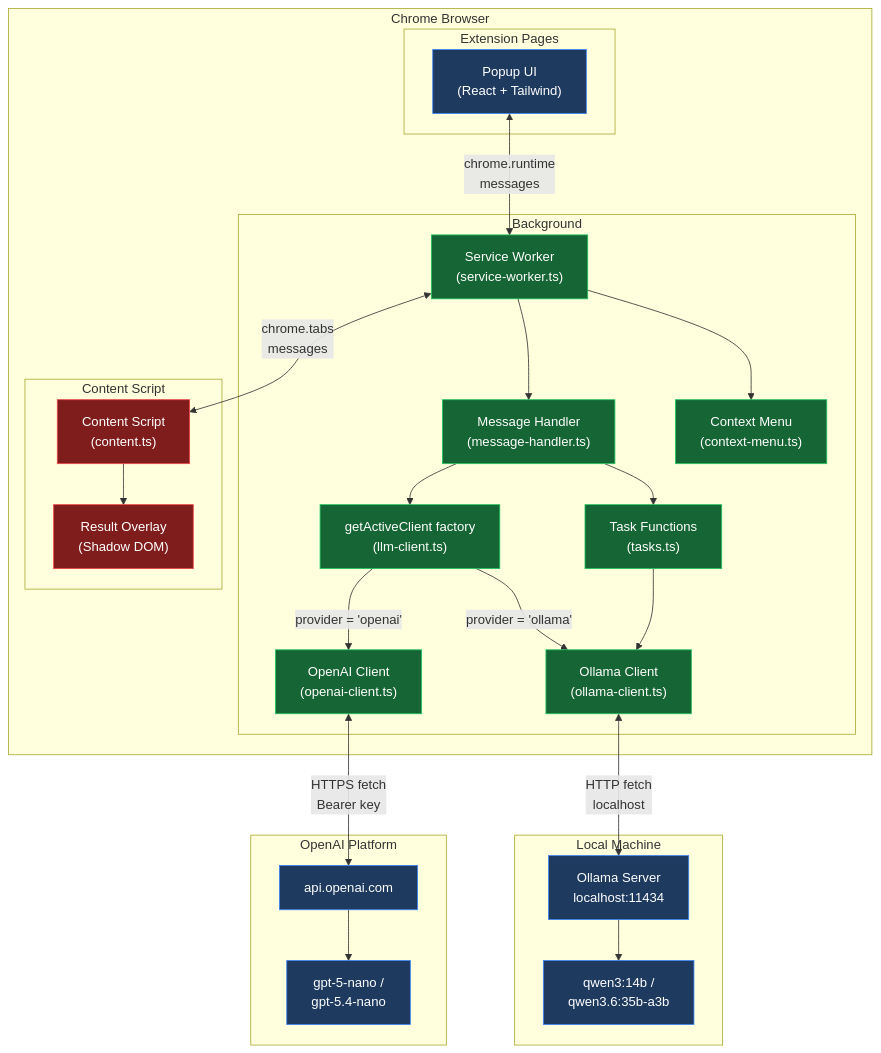
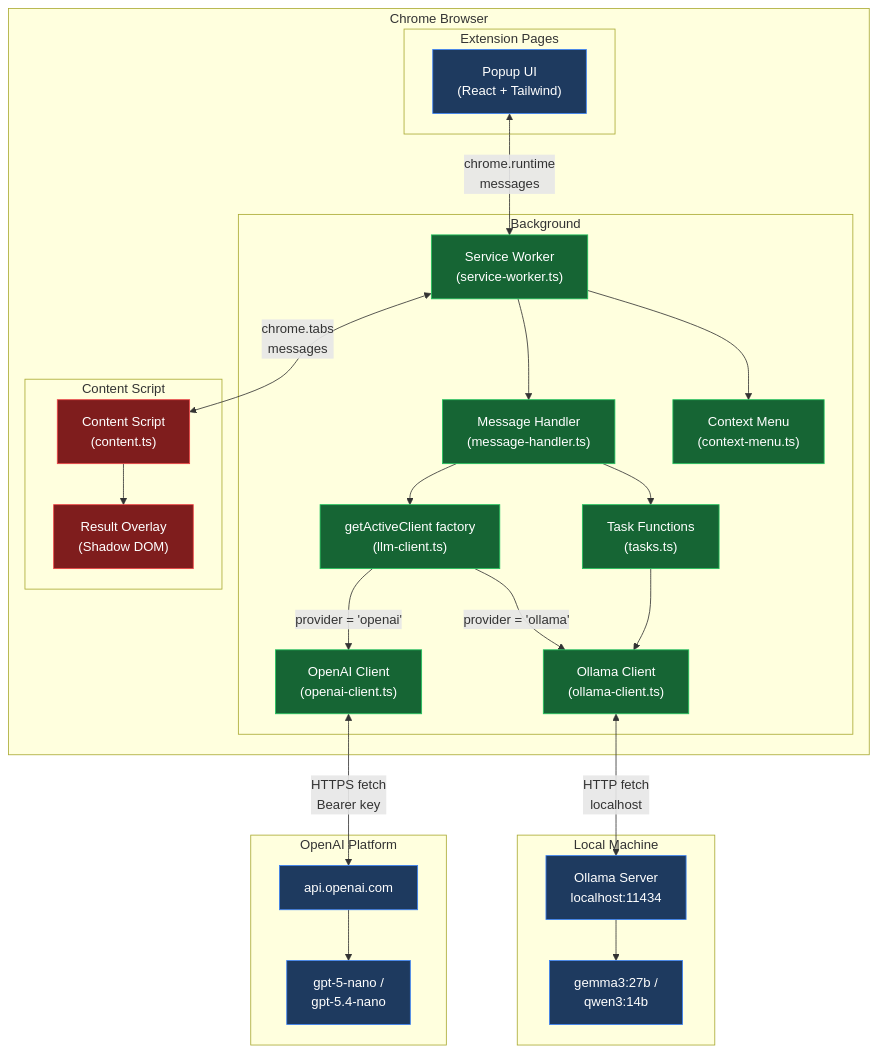
The first of 7 diagrams in docs/architecture.md (lucianhanga/chrome.extension.ai.correct.translate.reformulate), drawn with Mermaid before and after one commit. The commit also changed other lines of this file and 1 other file, not shown here.

First line of the commit message:
docs: truth-up architecture.md to v1.7.0 and fix security checklist (#52)

````diff
--- a/docs/architecture.md
+++ b/docs/architecture.md
@@ -116,56 +141,56 @@
 ```mermaid
 graph TB
     subgraph Browser["Chrome Browser"]
         subgraph ExtPages["Extension Pages"]
             Popup["Popup UI<br/>(React + Tailwind)"]
         end
 
         subgraph BG["Background"]
             SW["Service Worker<br/>(service-worker.ts)"]
             MsgHandler["Message Handler<br/>(message-handler.ts)"]
             Factory["getActiveClient factory<br/>(llm-client.ts)"]
             OllamaClient["Ollama Client<br/>(ollama-client.ts)"]
             OpenAIClient["OpenAI Client<br/>(openai-client.ts)"]
             Tasks["Task Functions<br/>(tasks.ts)"]
             CtxMenu["Context Menu<br/>(context-menu.ts)"]
         end
 
         subgraph CS["Content Script"]
             ContentMain["Content Script<br/>(content.ts)"]
             Overlay["Result Overlay<br/>(Shadow DOM)"]
         end
     end
 
     subgraph Local["Local Machine"]
         Ollama["Ollama Server<br/>localhost:11434"]
-        OllamaModel["qwen3:14b /<br/>qwen3.6:35b-a3b"]
+        OllamaModel["gemma3:27b /<br/>qwen3:14b"]
     end
 
     subgraph Cloud["OpenAI Platform"]
         OpenAI["api.openai.com"]
         OpenAIModel["gpt-5-nano /<br/>gpt-5.4-nano"]
     end
 
     Popup <-->|"chrome.runtime<br/>messages"| SW
     SW <-->|"chrome.tabs<br/>messages"| ContentMain
     ContentMain --> Overlay
     SW --> CtxMenu
     SW --> MsgHandler
     MsgHandler --> Tasks
     MsgHandler --> Factory
     Factory -->|"provider = 'ollama'"| OllamaClient
     Factory -->|"provider = 'openai'"| OpenAIClient
     Tasks --> OllamaClient
     OllamaClient <-->|"HTTP fetch<br/>localhost"| Ollama
     OpenAIClient <-->|"HTTPS fetch<br/>Bearer key"| OpenAI
     Ollama --> OllamaModel
     OpenAI --> OpenAIModel
 
     classDef trusted fill:#166534,stroke:#22c55e,color:#fff
     classDef untrusted fill:#7f1d1d,stroke:#ef4444,color:#fff
     classDef neutral fill:#1e3a5f,stroke:#3b82f6,color:#fff
 
     class SW,MsgHandler,Factory,OllamaClient,OpenAIClient,Tasks,CtxMenu trusted
     class ContentMain,Overlay untrusted
     class Popup,Ollama,OllamaModel,OpenAI,OpenAIModel neutral
 ```
````
